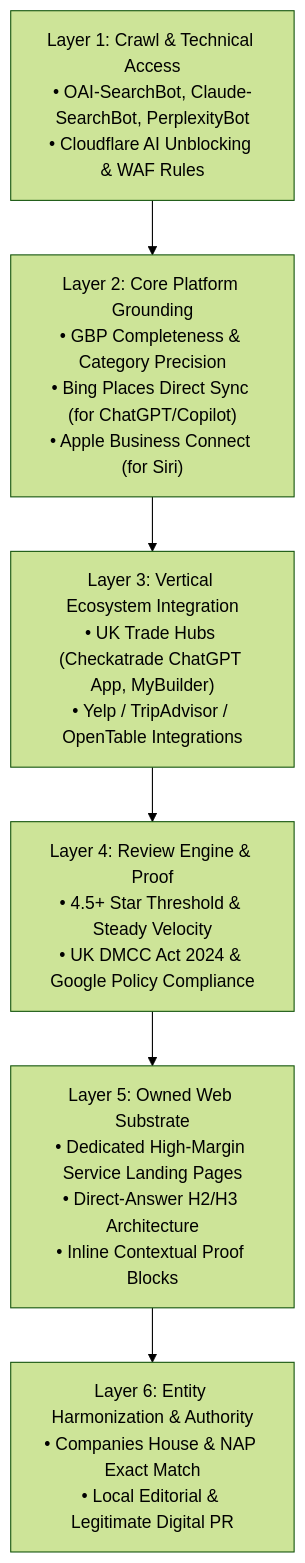
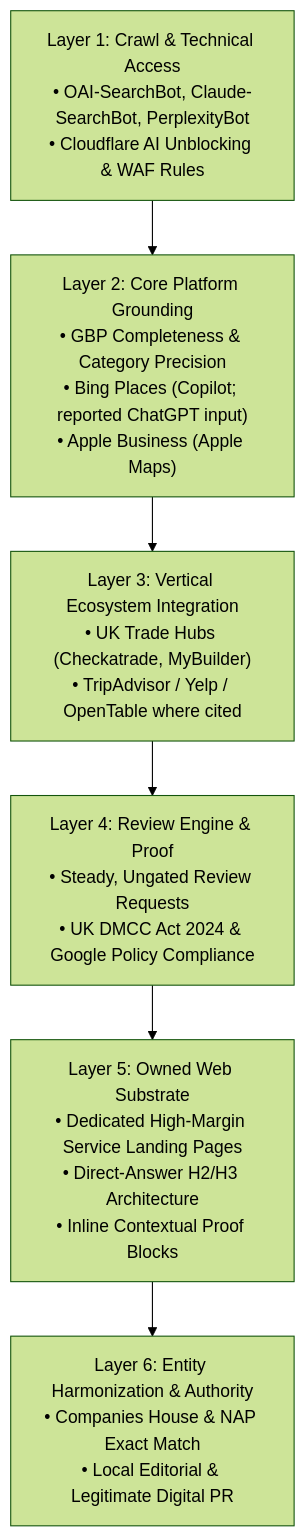
Before and after one commit to rpowell8519-cpu/local-ai-discoverability: the first of 2 diagrams in reports/2. AI_Visibility_Implementation_Playbook_and_SOP.md, drawn with Mermaid (forest theme). The commit also changed other lines of this file and 3 other files, not shown here.

````diff
--- a/reports/2. AI_Visibility_Implementation_Playbook_and_SOP.md
+++ b/reports/2. AI_Visibility_Implementation_Playbook_and_SOP.md
@@ -30,8 +32,8 @@
 ```mermaid
 flowchart TD
-    L1["Layer 1: Crawl & Technical Access<br/>• OAI-SearchBot, Claude-SearchBot, PerplexityBot<br/>• Cloudflare AI Unblocking & WAF Rules"] --> L2["Layer 2: Core Platform Grounding<br/>• GBP Completeness & Category Precision<br/>• Bing Places Direct Sync (for ChatGPT/Copilot)<br/>• Apple Business Connect (for Siri)"]
-    L2 --> L3["Layer 3: Vertical Ecosystem Integration<br/>• UK Trade Hubs (Checkatrade ChatGPT App, MyBuilder)<br/>• Yelp / TripAdvisor / OpenTable Integrations"]
-    L3 --> L4["Layer 4: Review Engine & Proof<br/>• 4.5+ Star Threshold & Steady Velocity<br/>• UK DMCC Act 2024 & Google Policy Compliance"]
+    L1["Layer 1: Crawl & Technical Access<br/>• OAI-SearchBot, Claude-SearchBot, PerplexityBot<br/>• Cloudflare AI Unblocking & WAF Rules"] --> L2["Layer 2: Core Platform Grounding<br/>• GBP Completeness & Category Precision<br/>• Bing Places (Copilot; reported ChatGPT input)<br/>• Apple Business (Apple Maps)"]
+    L2 --> L3["Layer 3: Vertical Ecosystem Integration<br/>• UK Trade Hubs (Checkatrade, MyBuilder)<br/>• TripAdvisor / Yelp / OpenTable where cited"]
+    L3 --> L4["Layer 4: Review Engine & Proof<br/>• Steady, Ungated Review Requests<br/>• UK DMCC Act 2024 & Google Policy Compliance"]
     L4 --> L5["Layer 5: Owned Web Substrate<br/>• Dedicated High-Margin Service Landing Pages<br/>• Direct-Answer H2/H3 Architecture<br/>• Inline Contextual Proof Blocks"]
     L5 --> L6["Layer 6: Entity Harmonization & Authority<br/>• Companies House & NAP Exact Match<br/>• Local Editorial & Legitimate Digital PR"]
 ```
````
